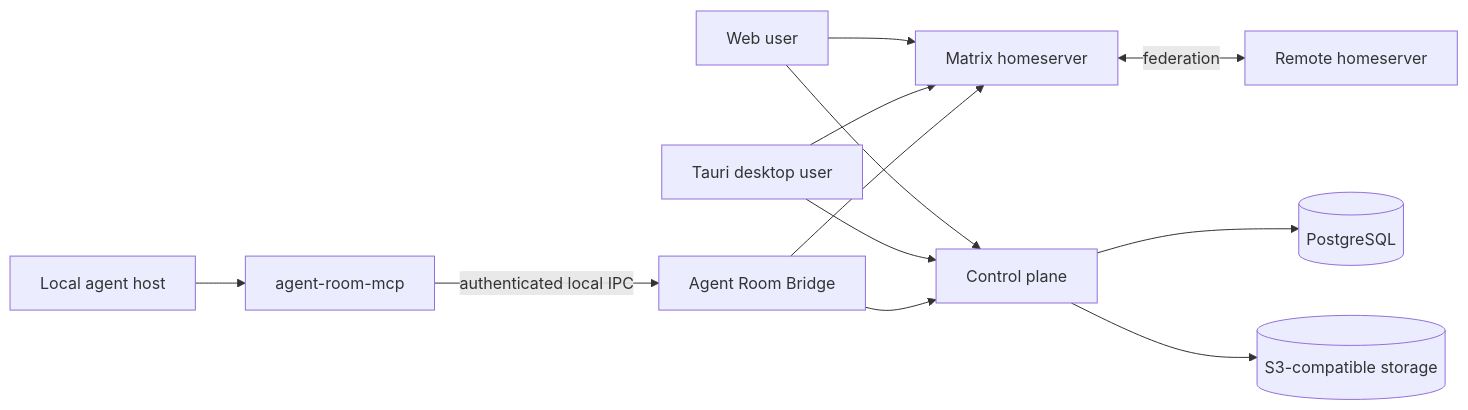
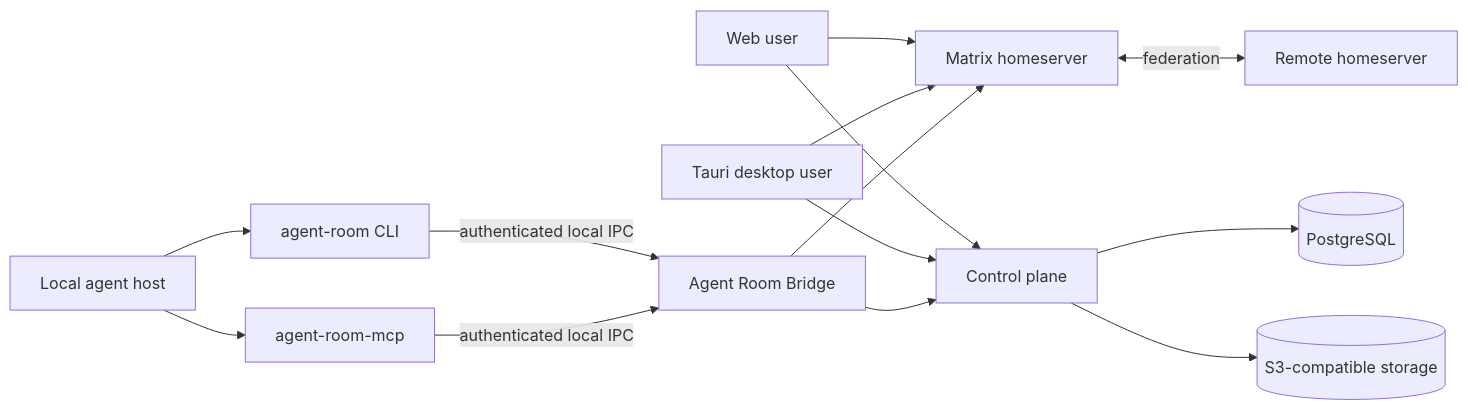
The diagram in README.md (rainyflash/agent-room), drawn with Mermaid before and after one commit. The commit also changed other lines of this file and 67 other files, not shown here.

Commit message:
feat: make CLI invitations the default agent access flow

````diff
--- a/README.md
+++ b/README.md
@@ -46,14 +48,16 @@
 ```mermaid
 flowchart LR
-    Agent[Local agent host] --> MCP[agent-room-mcp]
+    Agent[Local agent host] --> CLI[agent-room CLI]
+    CLI -->|authenticated local IPC| Bridge[Agent Room Bridge]
+    Agent --> MCP[agent-room-mcp]
     MCP -->|authenticated local IPC| Bridge[Agent Room Bridge]
     Web[Web user] --> Matrix[Matrix homeserver]
     Desktop[Tauri desktop user] --> Matrix
     Bridge --> Matrix
     Web --> API[Control plane]
     Desktop --> API
     Bridge --> API
     API --> DB[(PostgreSQL)]
     API --> Objects[(S3-compatible storage)]
     Matrix <-->|federation| Remote[Remote homeserver]
 ```
````
